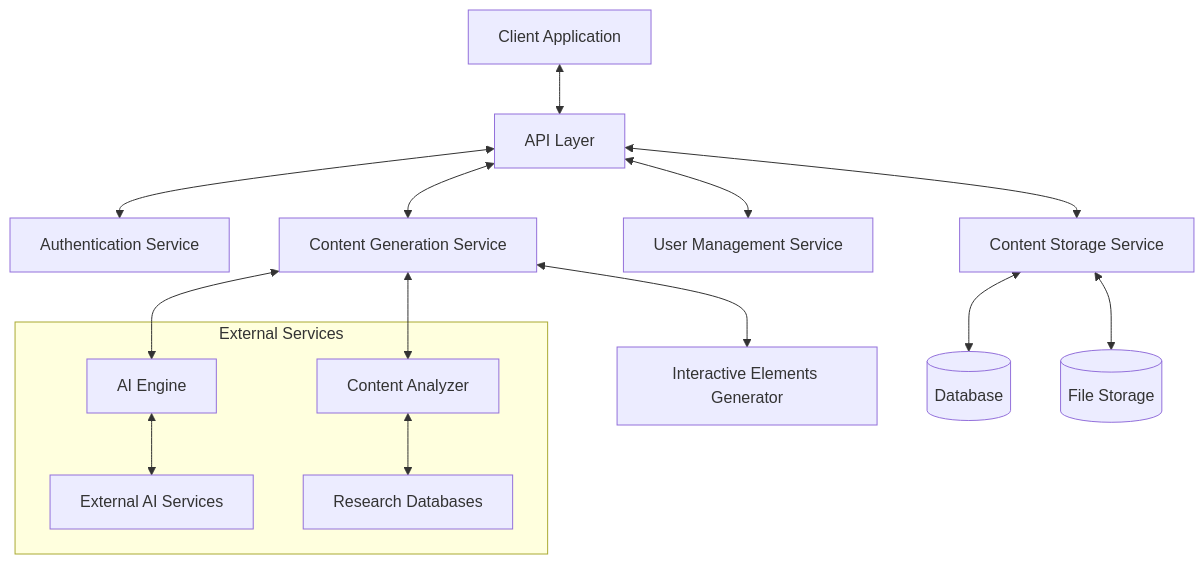
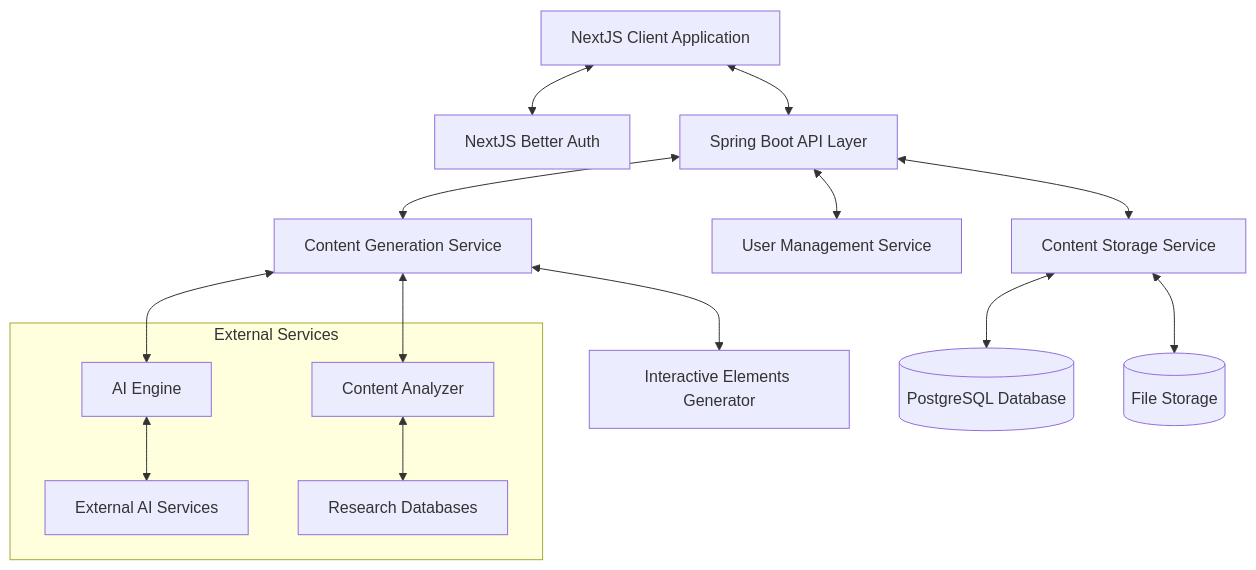
One commit to thisisindrajit/Illumyn changed the first of 3 diagrams in .kiro/specs/interactive-learning-app/design.md. Above: the diagram before and after it, drawn with Mermaid. The commit also changed other lines of this file and 4 other files, not shown here.

````diff
--- a/.kiro/specs/interactive-learning-app/design.md
+++ b/.kiro/specs/interactive-learning-app/design.md
@@ -13,20 +13,21 @@
 ```mermaid
 graph TD
-    Client[Client Application] <--> API[API Layer]
-    API <--> Auth[Authentication Service]
-    API <--> ContentGen[Content Generation Service]
-    API <--> UserMgmt[User Management Service]
-    API <--> Storage[Content Storage Service]
-    
+    Client[NextJS Client Application] <--> NextAuth[NextJS Better Auth]
+    Client <--> SpringAPI[Spring Boot API Layer]
+
+    SpringAPI <--> ContentGen[Content Generation Service]
+    SpringAPI <--> UserMgmt[User Management Service]
+    SpringAPI <--> Storage[Content Storage Service]
+
     ContentGen <--> AIEngine[AI Engine]
     ContentGen <--> InteractiveGen[Interactive Elements Generator]
     ContentGen <--> ContentAnalyzer[Content Analyzer]
-    
-    Storage <--> Database[(Database)]
+
+    Storage <--> PostgresDB[(PostgreSQL Database)]
     Storage <--> FileStore[(File Storage)]
-    
+
     subgraph External Services
         AIEngine <--> ExternalAI[External AI Services]
         ContentAnalyzer <--> ResearchDB[Research Databases]
     end
 ```
````
